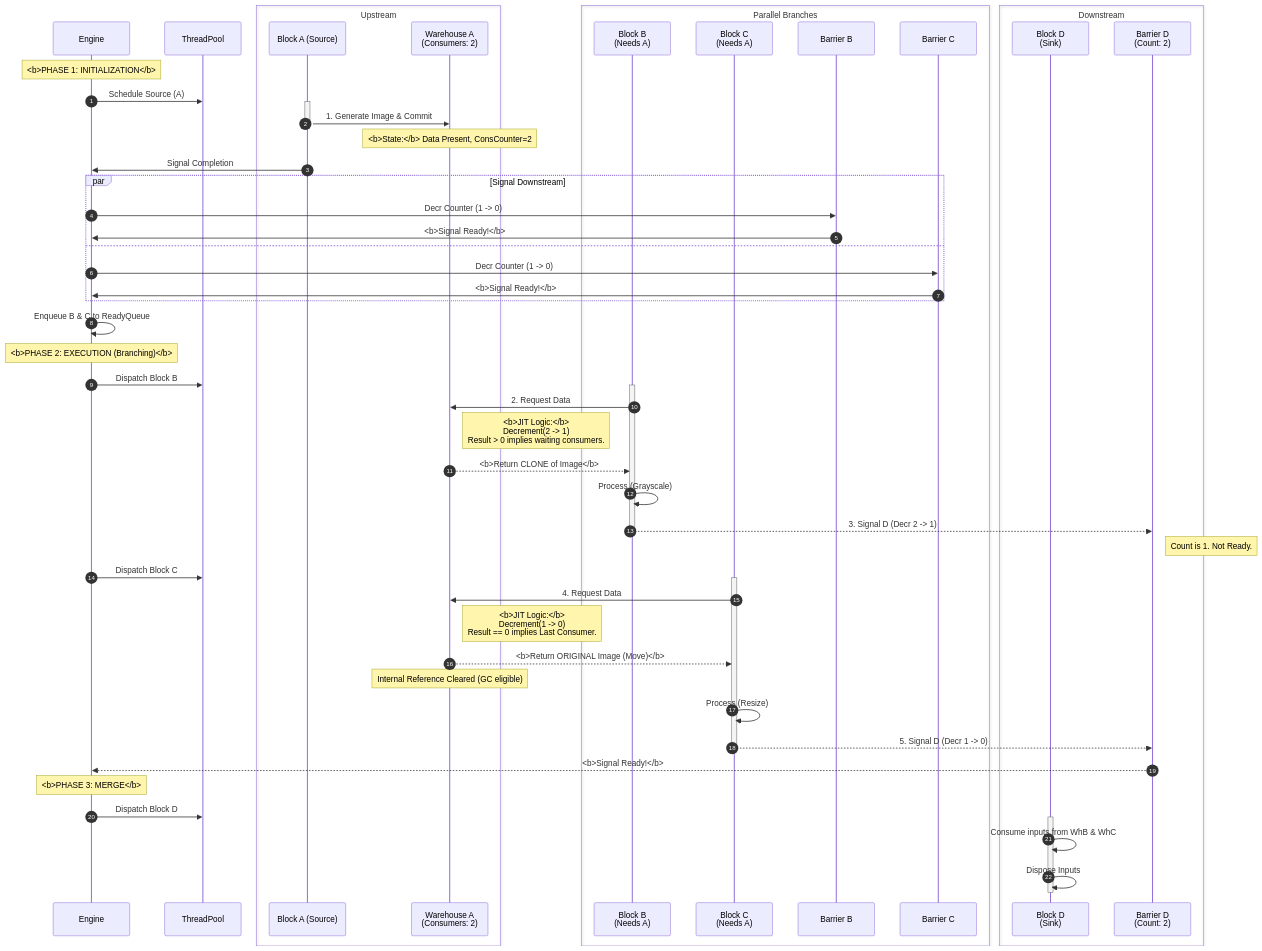
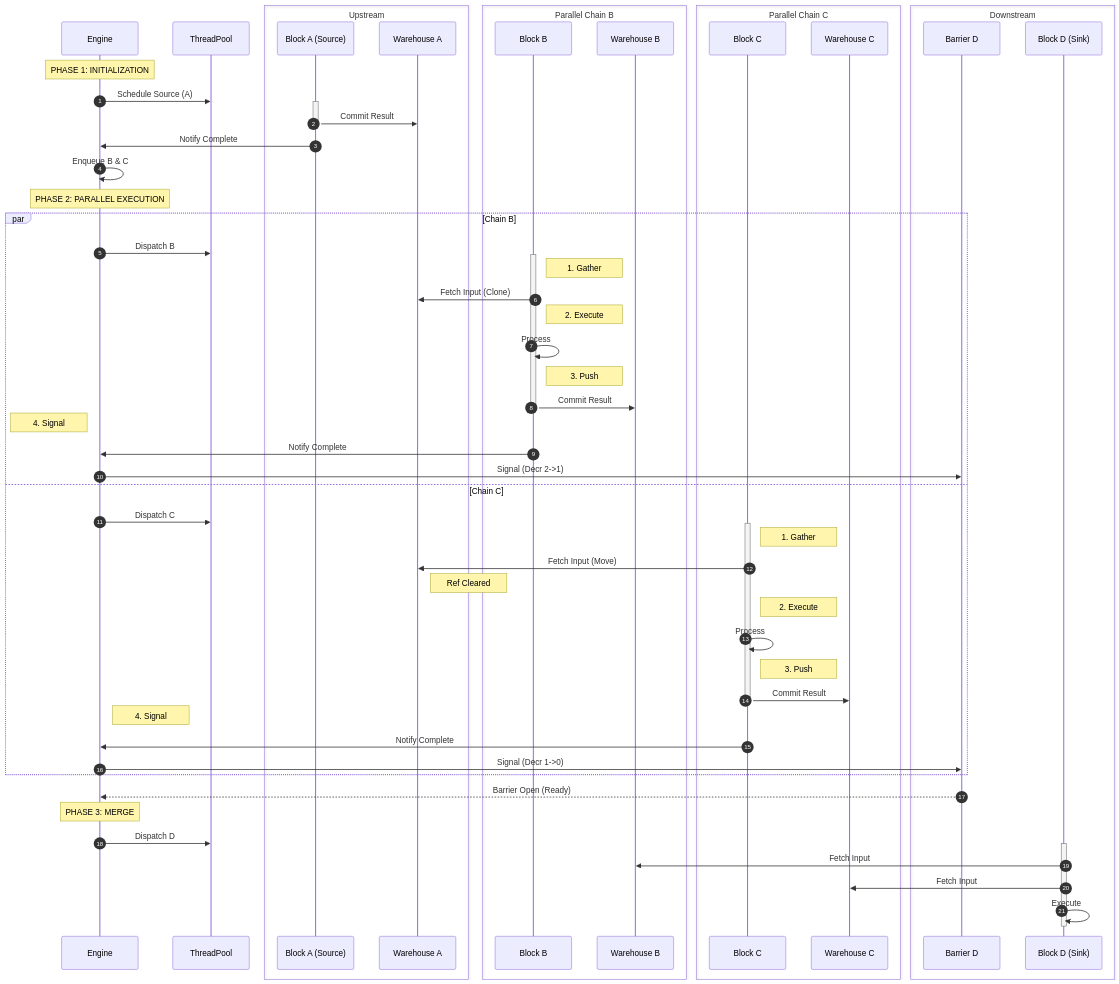
The third of 4 diagrams in docs/design/ExecutionEngine.md (IT008-2025-Nhom20/ImageAutomate), drawn with Mermaid before and after one commit.

Commit message:
Reworked Diagram B3 to accurately reflect current Engine implementation

````diff
--- a/docs/design/ExecutionEngine.md
+++ b/docs/design/ExecutionEngine.md
@@ -715,4 +715,5 @@
 ```mermaid
+%% { init: {"flowchart": {"defaultRenderer": "elk"}} }%%
 sequenceDiagram
     autonumber
     participant Engine
@@ -720,75 +721,79 @@
     
     box Upstream
     participant BlockA as Block A (Source)
-    participant WhA as Warehouse A<br/>(Consumers: 2)
+    participant WhA as Warehouse A
     end
     
-    box Parallel Branches
-    participant BlockB as Block B<br/>(Needs A)
-    participant BlockC as Block C<br/>(Needs A)
-    participant BarrB as Barrier B
-    participant BarrC as Barrier C
+    box Parallel Chain B
+    participant BlockB as Block B
+    participant WhB as Warehouse B
+    end
+
+    box Parallel Chain C
+    participant BlockC as Block C
+    participant WhC as Warehouse C
     end
     
     box Downstream
-    participant BlockD as Block D<br/>(Sink)
-    participant BarrD as Barrier D<br/>(Count: 2)
+    participant BarrD as Barrier D
+    participant BlockD as Block D (Sink)
     end
 
-    note over Engine: <b>PHASE 1: INITIALIZATION</b>
+    note over Engine: PHASE 1: INITIALIZATION
     Engine->>ThreadPool: Schedule Source (A)
     activate BlockA
-    BlockA->>WhA: 1. Generate Image & Commit
+    BlockA->>WhA: Commit Result
     deactivate BlockA
+    BlockA->>Engine: Notify Complete
     
-    note over WhA: <b>State:</b> Data Present, ConsCounter=2
+    Engine->>Engine: Enqueue B & C
     
-    BlockA->>Engine: Signal Completion
+    note over Engine: PHASE 2: PARALLEL EXECUTION
     
-    par Signal Downstream
-        Engine->>BarrB: Decr Counter (1 -> 0)
-        BarrB->>Engine: <b>Signal Ready!</b>
-        and
-        Engine->>BarrC: Decr Counter (1 -> 0)
-        BarrC->>Engine: <b>Signal Ready!</b>
+    par Chain B
+        Engine->>ThreadPool: Dispatch B
+        activate BlockB
+        
+        note right of BlockB: 1. Gather
+        BlockB->>WhA: Fetch Input (Clone)
+        
+        note right of BlockB: 2. Execute
+        BlockB->>BlockB: Process
+        
+        note right of BlockB: 3. Push
+        BlockB->>WhB: Commit Result
+        deactivate BlockB
+        
+        note left of Engine: 4. Signal
+        BlockB->>Engine: Notify Complete
+        Engine->>BarrD: Signal (Decr 2->1)
+    and Chain C
+        Engine->>ThreadPool: Dispatch C
+        activate BlockC
+        
+        note right of BlockC: 1. Gather
+        BlockC->>WhA: Fetch Input (Move)
+        note right of WhA: Ref Cleared
+        
+        note right of BlockC: 2. Execute
+        BlockC->>BlockC: Process
+        
+        note right of BlockC: 3. Push
+        BlockC->>WhC: Commit Result
+        deactivate BlockC
+        
+        note right of Engine: 4. Signal
+        BlockC->>Engine: Notify Complete
+        Engine->>BarrD: Signal (Decr 1->0)
     end
     
-    Engine->>Engine: Enqueue B & C to ReadyQueue
+    BarrD-->>Engine: Barrier Open (Ready)
     
-    note over Engine: <b>PHASE 2: EXECUTION (Branching)</b>
-    
-    %% Scheduler picks B first (Arbitrary or DFS priority)
-    Engine->>ThreadPool: Dispatch Block B
-    activate BlockB
-    BlockB->>WhA: 2. Request Data
-    
-    note right of WhA: <b>JIT Logic:</b><br/>Decrement(2 -> 1)<br/>Result > 0 implies waiting consumers.
-    WhA-->>BlockB: <b>Return CLONE of Image</b>
-    
-    BlockB->>BlockB: Process (Grayscale)
-    BlockB-->>BarrD: 3. Signal D (Decr 2 -> 1)
-    deactivate BlockB
-    note right of BarrD: Count is 1. Not Ready.
-    
-    %% Scheduler picks C
-    Engine->>ThreadPool: Dispatch Block C
-    activate BlockC
-    BlockC->>WhA: 4. Request Data
-    
-    note right of WhA: <b>JIT Logic:</b><br/>Decrement(1 -> 0)<br/>Result == 0 implies Last Consumer.
-    WhA-->>BlockC: <b>Return ORIGINAL Image (Move)</b>
-    note over WhA: Internal Reference Cleared (GC eligible)
-    
-    BlockC->>BlockC: Process (Resize)
-    BlockC-->>BarrD: 5. Signal D (Decr 1 -> 0)
-    deactivate BlockC
-    
-    BarrD-->>Engine: <b>Signal Ready!</b>
-    
-    note over Engine: <b>PHASE 3: MERGE</b>
-    Engine->>ThreadPool: Dispatch Block D
+    note over Engine: PHASE 3: MERGE
+    Engine->>ThreadPool: Dispatch D
     activate BlockD
-    BlockD->>BlockD: Consume inputs from WhB & WhC
-    BlockD->>BlockD: Dispose Inputs
+    BlockD->>WhB: Fetch Input
+    BlockD->>WhC: Fetch Input
+    BlockD->>BlockD: Execute
     deactivate BlockD
 ```
````
